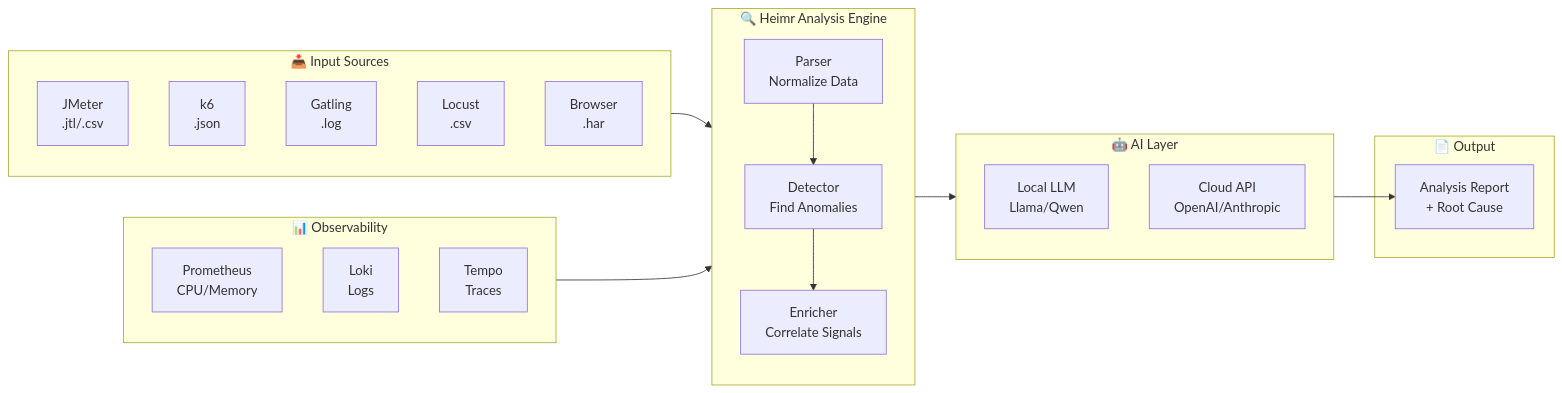
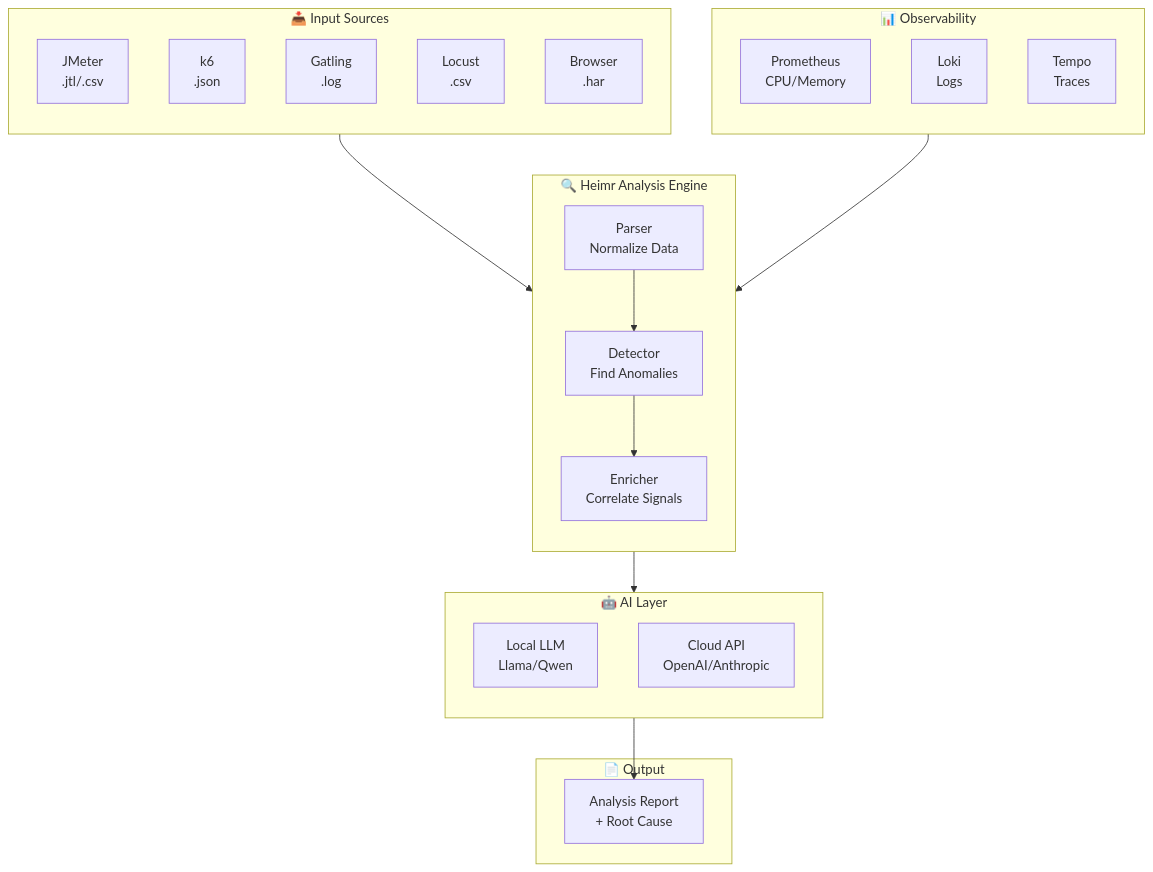
One commit to jdestevezcastillo-perfeng/Heimr.ai changed the first of 2 diagrams in docs/wiki/02-architecture.md. Above: the diagram before and after it, drawn with Mermaid.

Commit message:
Change architecture diagram to vertical orientation

````diff
--- a/docs/wiki/02-architecture.md
+++ b/docs/wiki/02-architecture.md
@@ -13,42 +13,42 @@
 ```mermaid
-flowchart LR
+flowchart TD
     subgraph Input["📥 Input Sources"]
         direction TB
         JMeter["JMeter\n.jtl/.csv"]
         k6["k6\n.json"]
         Gatling["Gatling\n.log"]
         Locust["Locust\n.csv"]
         HAR["Browser\n.har"]
     end
 
     subgraph Observability["📊 Observability"]
         direction TB
         Prom["Prometheus\nCPU/Memory"]
         Loki["Loki\nLogs"]
         Tempo["Tempo\nTraces"]
     end
 
     subgraph Heimr["🔍 Heimr Analysis Engine"]
         direction TB
         Parser["Parser\nNormalize Data"]
         Detector["Detector\nFind Anomalies"]
         Enricher["Enricher\nCorrelate Signals"]
     end
 
     subgraph AI["🤖 AI Layer"]
         direction TB
         Ollama["Local LLM\nLlama/Qwen"]
         Cloud["Cloud API\nOpenAI/Anthropic"]
     end
 
     subgraph Output["📄 Output"]
         Report["Analysis Report\n+ Root Cause"]
     end
 
     Input --> Parser
     Parser --> Detector
     Detector --> Enricher
     Observability --> Enricher
     Enricher --> AI
     AI --> Report
 ```
````
